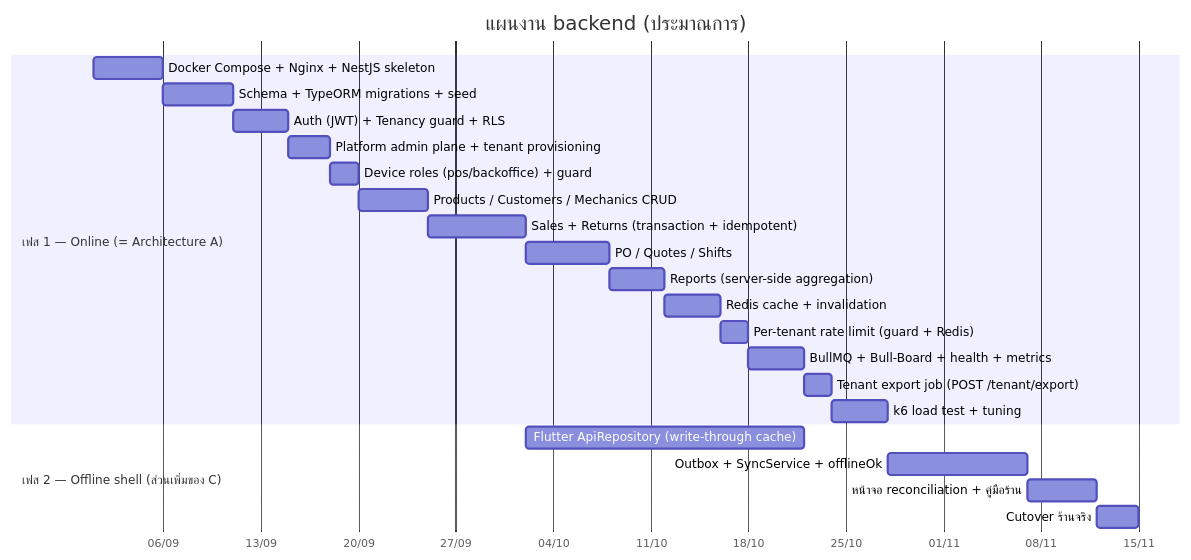
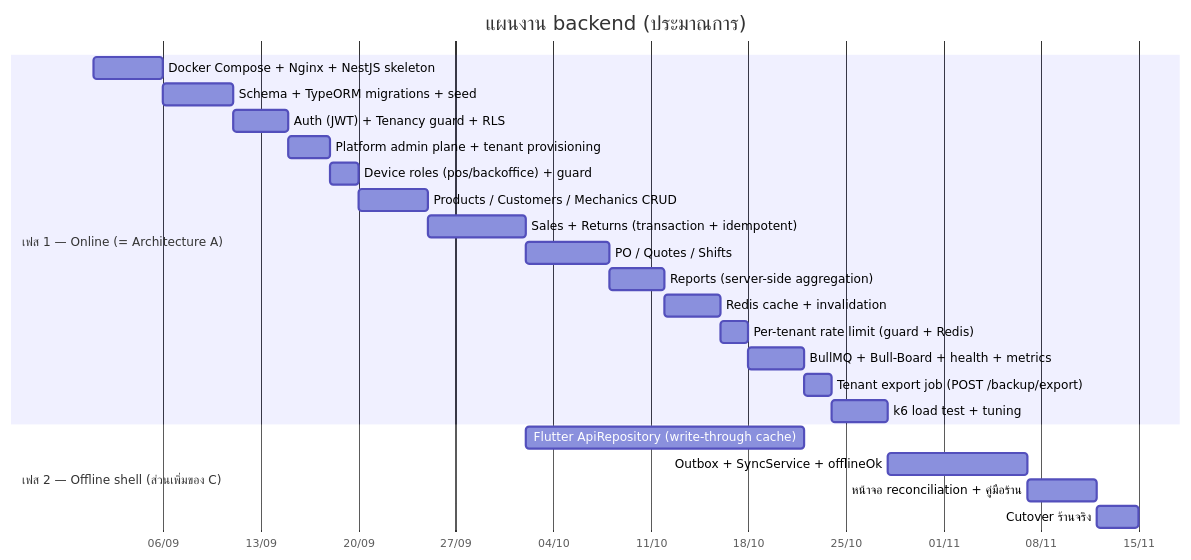
One commit to NuimanLP/srisurart-pos-flutter changed the seventh of 7 diagrams in docs/Backend_design/03_ARCHITECTURE.md. Above: the diagram before and after it, drawn with Mermaid. The commit also changed other lines of this file and 17 other files, not shown here.

````diff
--- a/docs/Backend_design/03_ARCHITECTURE.md
+++ b/docs/Backend_design/03_ARCHITECTURE.md
@@ -440,26 +440,26 @@
 ```mermaid
 gantt
     title แผนงาน backend (ประมาณการ)
     dateFormat YYYY-MM-DD
     axisFormat %d/%m
     section เฟส 1 — Online (= Architecture A)
     Docker Compose + Nginx + NestJS skeleton   :p1, 2026-09-01, 5d
     Schema + TypeORM migrations + seed         :p2, after p1, 5d
     Auth (JWT) + Tenancy guard + RLS           :p3, after p2, 4d
     Platform admin plane + tenant provisioning :p3b, after p3, 3d
     Device roles (pos/backoffice) + guard      :p3c, after p3b, 2d
     Products / Customers / Mechanics CRUD      :p4, after p3c, 5d
     Sales + Returns (transaction + idempotent) :p5, after p4, 7d
     PO / Quotes / Shifts                       :p6, after p5, 6d
     Reports (server-side aggregation)          :p7, after p6, 4d
     Redis cache + invalidation                 :p8, after p7, 4d
     Per-tenant rate limit (guard + Redis)      :p8b, after p8, 2d
     BullMQ + Bull-Board + health + metrics     :p9, after p8b, 4d
-    Tenant export job (POST /tenant/export)    :p9b, after p9, 2d
+    Tenant export job (POST /backup/export)    :p9b, after p9, 2d
     k6 load test + tuning                      :p10, after p9b, 4d
     section เฟส 2 — Offline shell (ส่วนเพิ่มของ C)
     Flutter ApiRepository (write-through cache) :q1, after p5, 20d
     Outbox + SyncService + offlineOk           :q2, after p10, 10d
     หน้าจอ reconciliation + คู่มือร้าน          :q3, after q2, 5d
     Cutover ร้านจริง                            :q4, after q3, 3d
 ```
````
